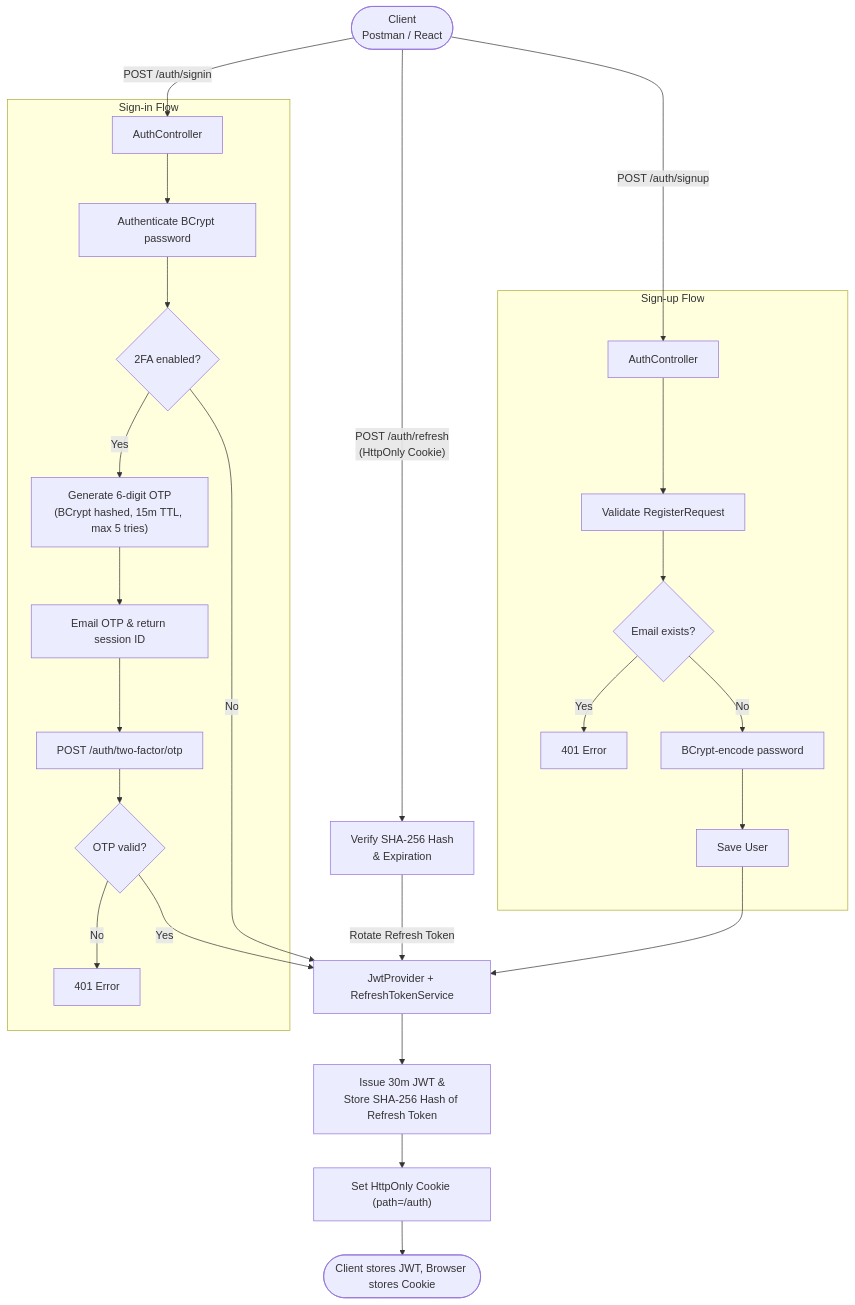
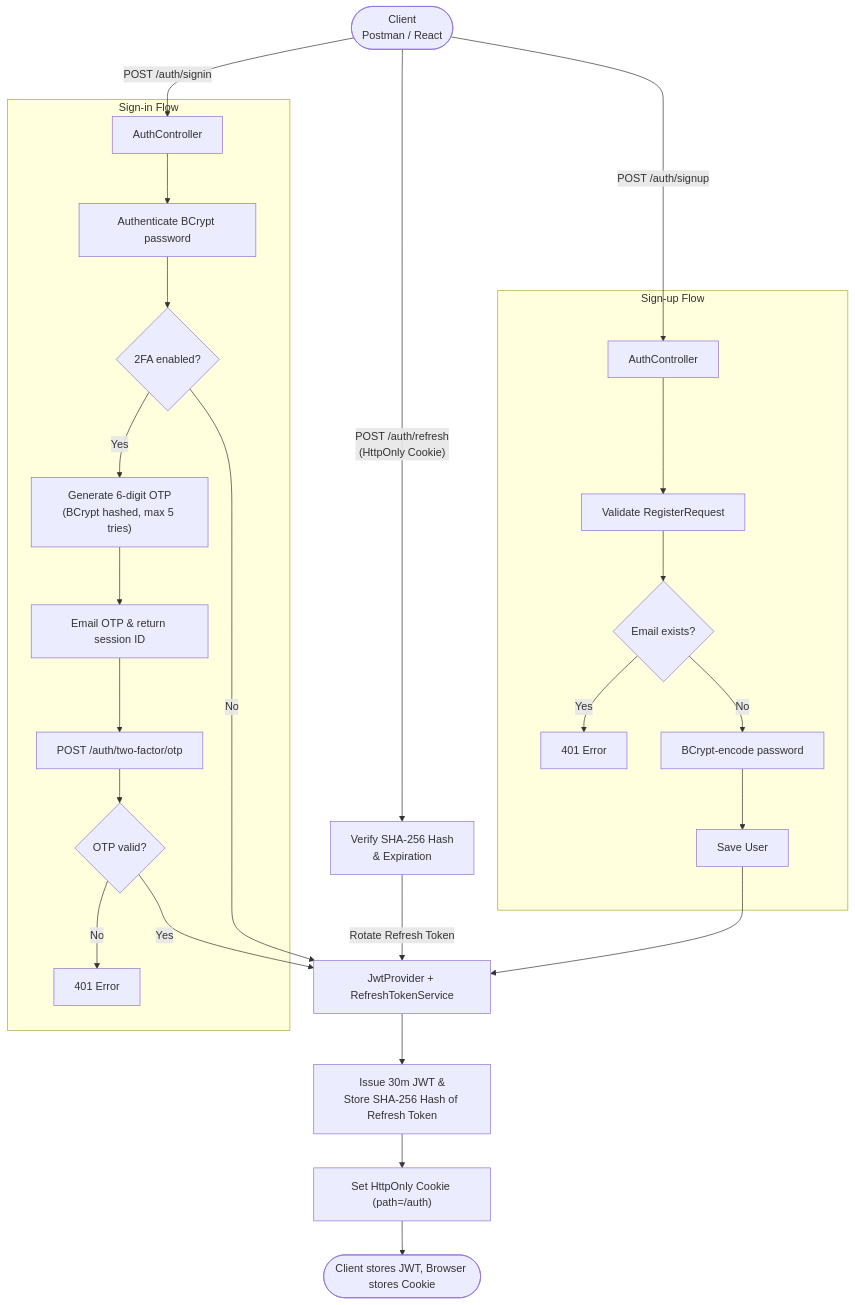
Before and after one commit to Biikash1/TradeForge: the second of 3 diagrams in README.md, drawn with Mermaid. The commit also changed other lines of this file, not shown here.

````diff
--- a/README.md
+++ b/README.md
@@ -192,35 +218,35 @@
 ```mermaid
 flowchart TD
     C(["Client<br/>Postman / React"])
-
+ 
     C -->|"POST /auth/signup"| S1["AuthController"]
     C -->|"POST /auth/signin"| L1["AuthController"]
     C -->|"POST /auth/refresh<br/>(HttpOnly Cookie)"| R1["Verify SHA-256 Hash<br/>& Expiration"]
-
+ 
     subgraph SIGNUP ["Sign-up Flow"]
         S1 --> S2["Validate RegisterRequest"]
         S2 --> S3{"Email exists?"}
         S3 -->|Yes| SE["401 Error"]
         S3 -->|No| S4["BCrypt-encode password"]
         S4 --> S5["Save User"]
     end
-
+ 
     subgraph SIGNIN ["Sign-in Flow"]
         L1 --> L2["Authenticate BCrypt password"]
         L2 --> L5{"2FA enabled?"}
-        L5 -->|Yes| L6["Generate 6-digit OTP<br/>(BCrypt hashed, 15m TTL, max 5 tries)"]
+        L5 -->|Yes| L6["Generate 6-digit OTP<br/>(BCrypt hashed, max 5 tries)"]
         L6 --> L7["Email OTP & return session ID"]
         L7 --> L9["POST /auth/two-factor/otp"]
         L9 --> L10{"OTP valid?"}
         L10 -->|No| LE["401 Error"]
     end
-
+ 
     S5 --> J["JwtProvider + RefreshTokenService"]
     L5 -->|No| J
     L10 -->|Yes| J
     R1 -->|"Rotate Refresh Token"| J
-
+ 
     J --> J1["Issue 30m JWT &<br/>Store SHA-256 Hash of Refresh Token"]
     J1 --> J2["Set HttpOnly Cookie (path=/auth)"]
     J2 --> C2(["Client stores JWT, Browser stores Cookie"])
 ```
````
